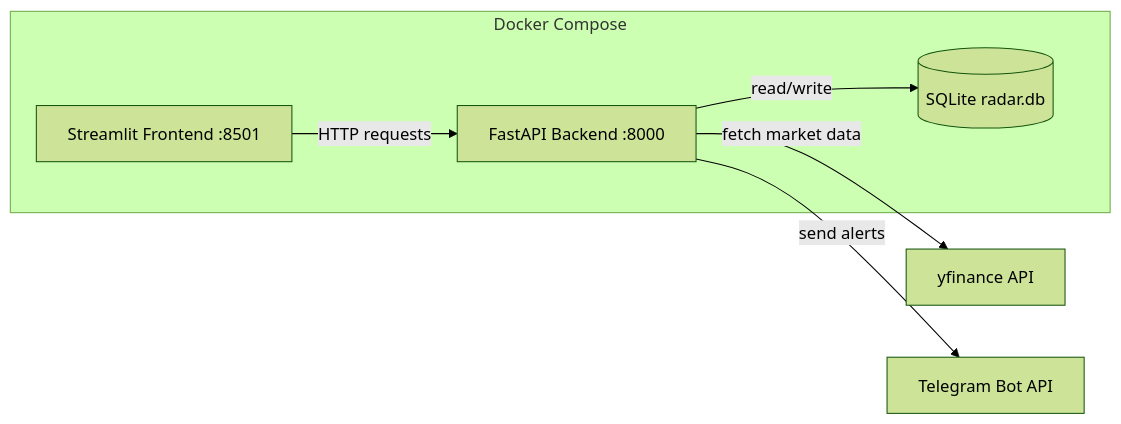
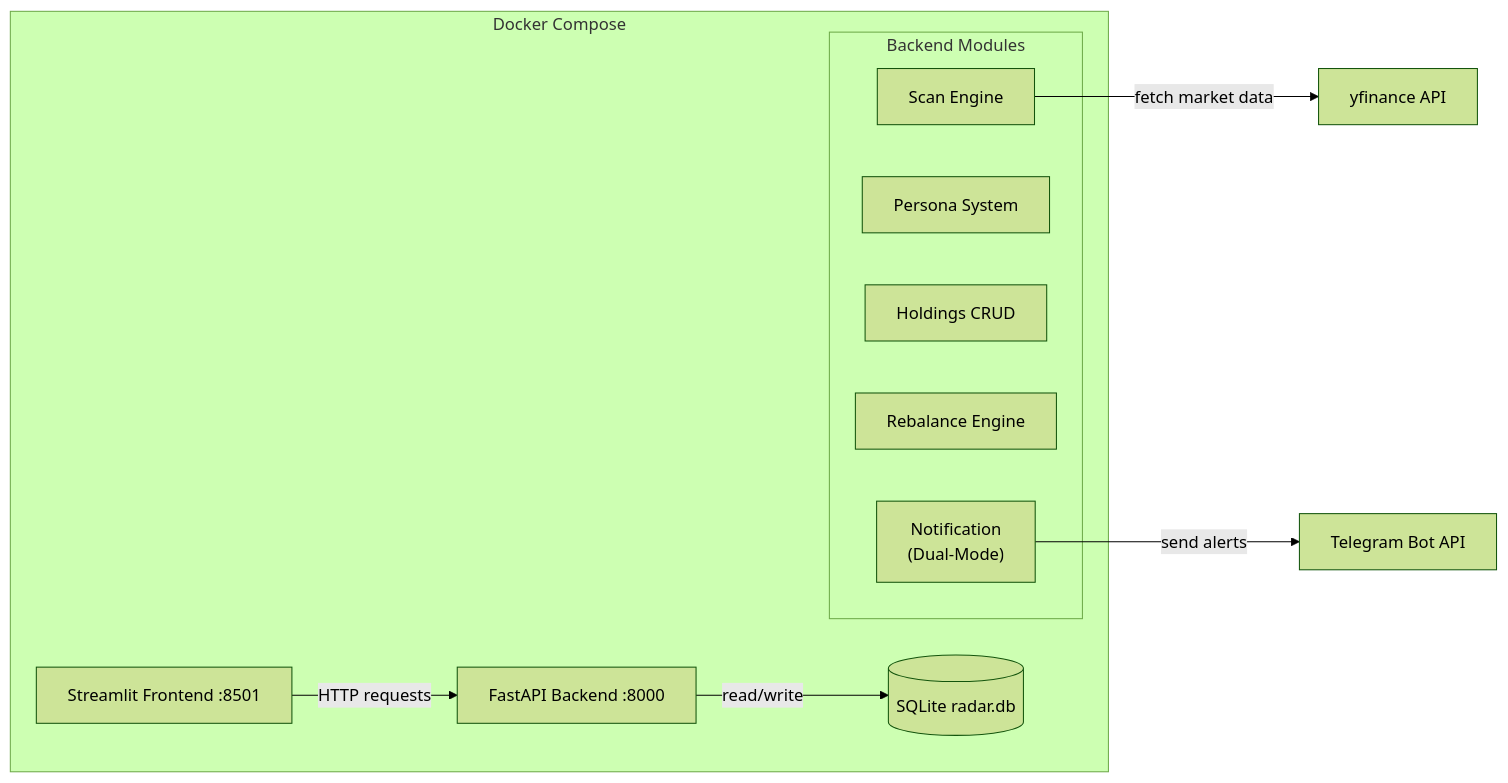
The second of 3 diagrams in README.md (azusa152/Folio), drawn with Mermaid (forest theme) before and after one commit. The commit also changed other lines of this file and 30 other files, not shown here.

````diff
--- a/README.md
+++ b/README.md
@@ -57,14 +63,21 @@
 ```mermaid
 graph LR
   subgraph docker [Docker Compose]
     FE["Streamlit Frontend :8501"]
     BE["FastAPI Backend :8000"]
     DB[("SQLite radar.db")]
+    subgraph backend [Backend Modules]
+      SCAN["Scan Engine"]
+      PERSONA["Persona System"]
+      HOLDINGS["Holdings CRUD"]
+      REBALANCE["Rebalance Engine"]
+      NOTIFY["Notification\n(Dual-Mode)"]
+    end
   end
   YF["yfinance API"]
   TG["Telegram Bot API"]
   FE -->|"HTTP requests"| BE
   BE -->|"read/write"| DB
-  BE -->|"fetch market data"| YF
-  BE -->|"send alerts"| TG
+  SCAN -->|"fetch market data"| YF
+  NOTIFY -->|"send alerts"| TG
 ```
````
